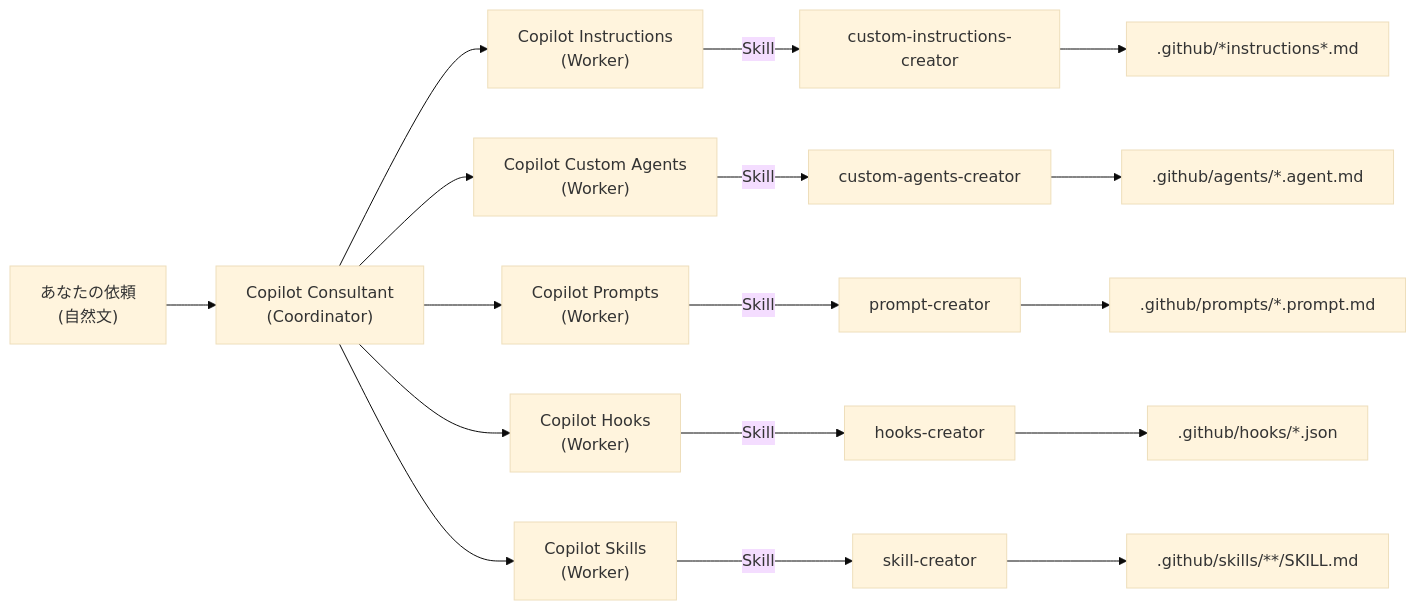
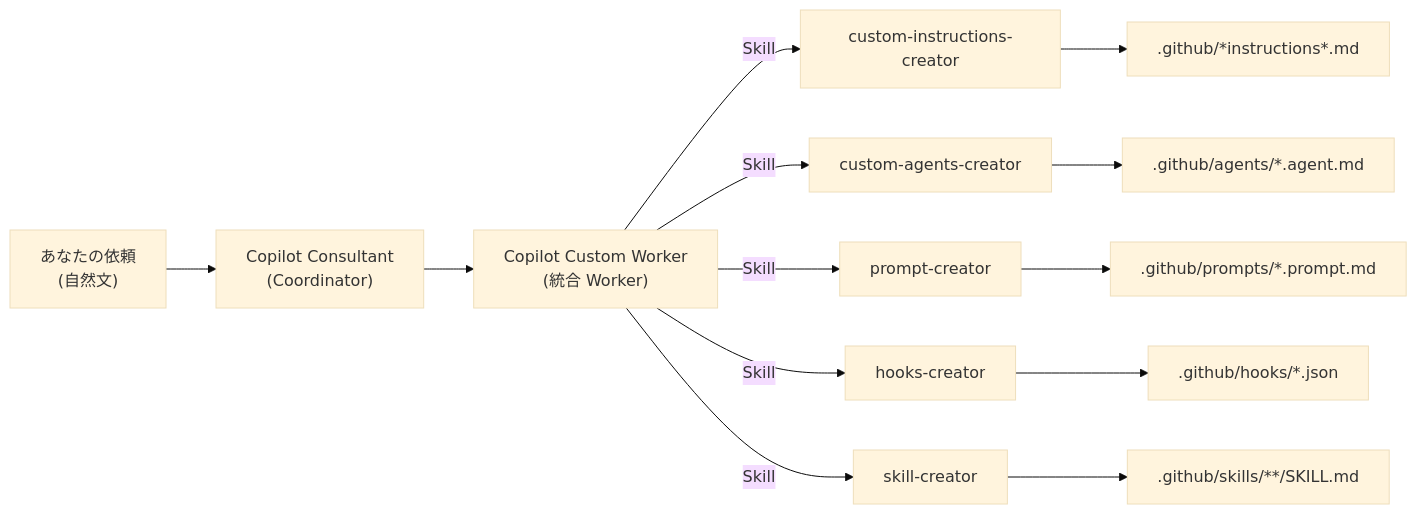
The diagram in README.md (yuma-722/github-copilot-consultant), drawn with Mermaid (base theme) before and after one commit. The commit also changed other lines of this file and 7 other files, not shown here.

````diff
--- a/README.md
+++ b/README.md
@@ -9,22 +9,18 @@
 ```mermaid
 flowchart LR
   U["あなたの依頼<br/>(自然文)"] --> C["Copilot Consultant<br/>(Coordinator)"]
 
-  C --> W1["Copilot Instructions<br/>(Worker)"]
-  C --> W2["Copilot Custom Agents<br/>(Worker)"]
-  C --> W3["Copilot Prompts<br/>(Worker)"]
-  C --> W4["Copilot Hooks<br/>(Worker)"]
-  C --> W5["Copilot Skills<br/>(Worker)"]
+  C --> W["Copilot Custom Worker<br/>(統合 Worker)"]
 
-  W1 -->|Skill| S1["custom-instructions-creator"]
-  W2 -->|Skill| S2["custom-agents-creator"]
-  W3 -->|Skill| S3["prompt-creator"]
-  W4 -->|Skill| S4["hooks-creator"]
-  W5 -->|Skill| S5["skill-creator"]
+  W -->|Skill| S1["custom-instructions-creator"]
+  W -->|Skill| S2["custom-agents-creator"]
+  W -->|Skill| S3["prompt-creator"]
+  W -->|Skill| S4["hooks-creator"]
+  W -->|Skill| S5["skill-creator"]
 
   S1 --> O1[".github/*instructions*.md"]
   S2 --> O2[".github/agents/*.agent.md"]
   S3 --> O3[".github/prompts/*.prompt.md"]
   S4 --> O4[".github/hooks/*.json"]
   S5 --> O5[".github/skills/**/SKILL.md"]
 ```
````
